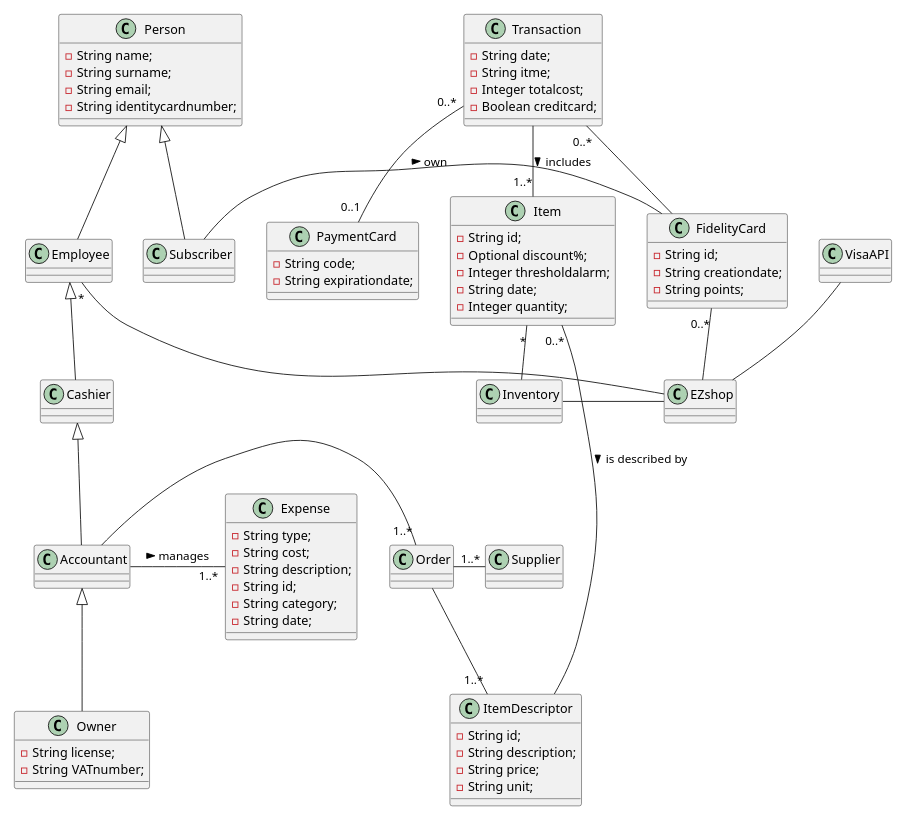
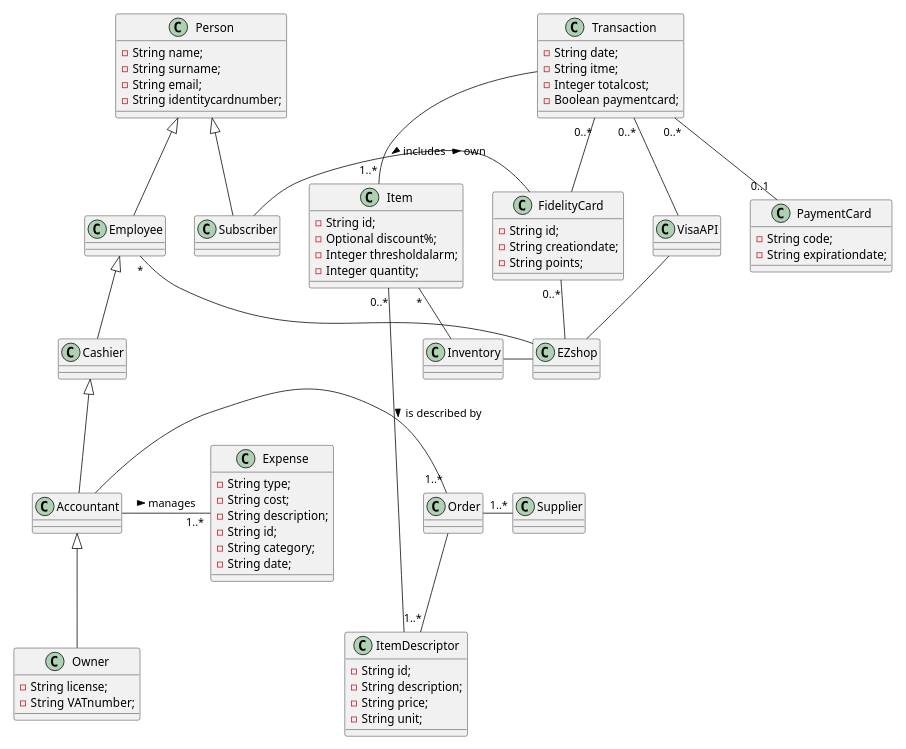
One commit to djemar/softeng_ezshop changed the fourth of 5 diagrams in Deliverables/RequirementsDocument.md. Above: the diagram before and after it, drawn with PlantUML. The commit also changed other lines of this file, not shown here.

````diff
--- a/Deliverables/RequirementsDocument.md
+++ b/Deliverables/RequirementsDocument.md
@@ -419,7 +411,6 @@
 -String id;
 -Optional discount%;
 -Integer thresholdalarm;
--String date;
 -Integer quantity;
 }
 class FidelityCard{
@@ -472,7 +463,7 @@
 -String date;
 -String itme;
 -Integer totalcost;
--Boolean creditcard;
+-Boolean paymentcard;
 }
 class PaymentCard{
   -String code;
@@ -498,5 +489,6 @@
 Transaction "0..*" -- "0..1" PaymentCard
 Transaction -- "1..*" Item : includes >
 Transaction "0..*" -- FidelityCard
+Transaction "0..*" -- VisaAPI
 
 ```
````
